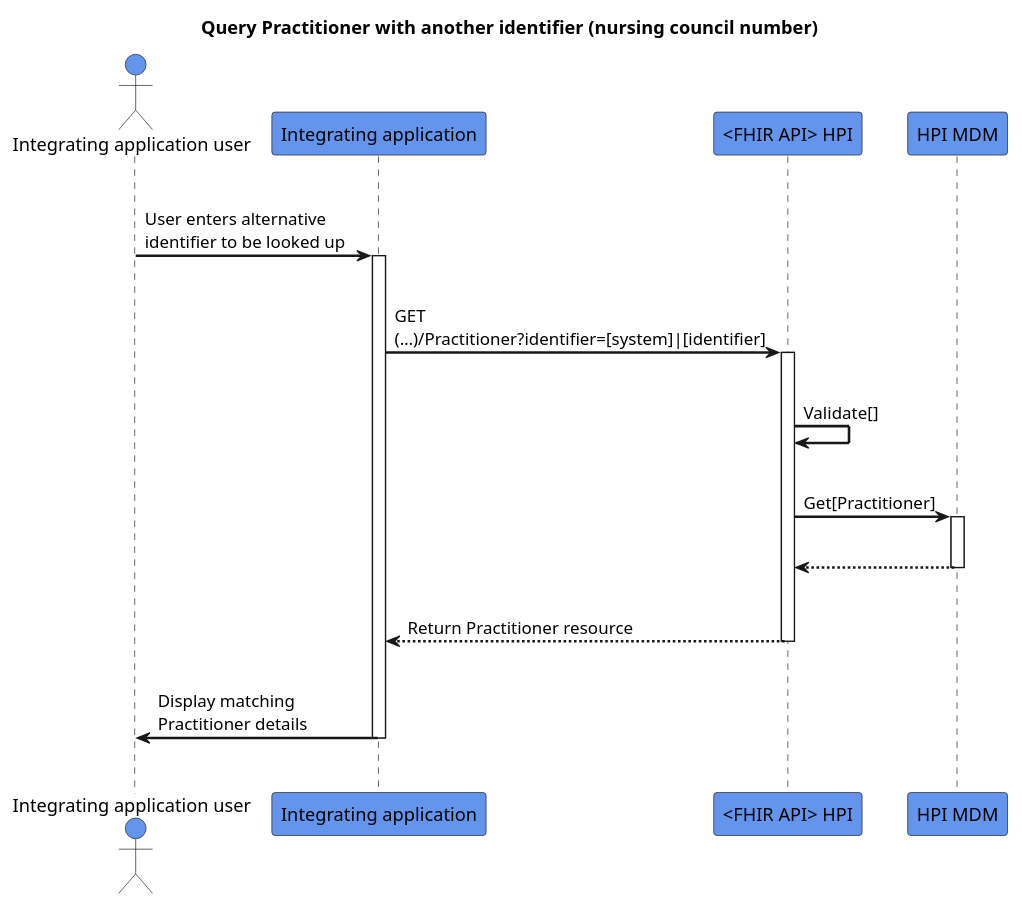
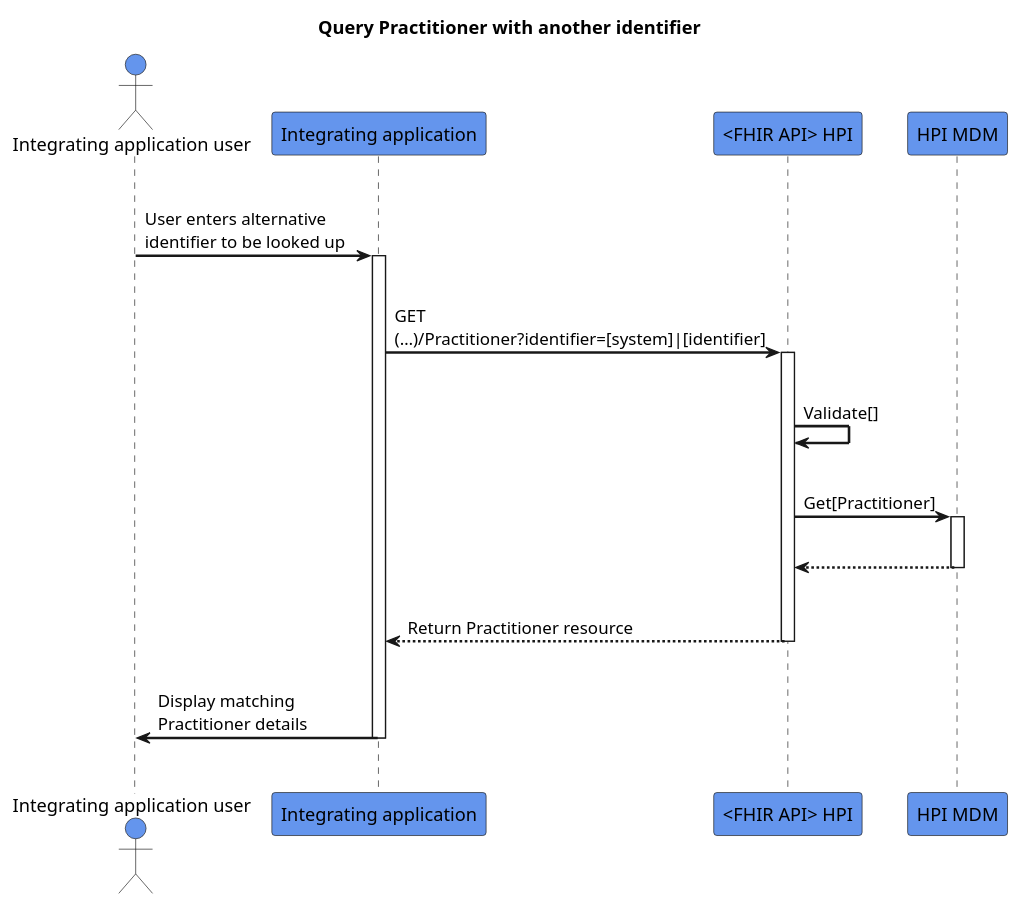
Before and after one commit to HL7NZ/hpi: the diagram in input/images-source/query-practitioner.plantuml, drawn with PlantUML.

```diff
--- a/input/images-source/query-practitioner.plantuml
+++ b/input/images-source/query-practitioner.plantuml
@@ -1,33 +1,33 @@
 @startuml
 skinparam sequenceArrowThickness 2
 skinparam roundcorner 5
 skinparam maxmessagesize 180
 skinparam sequenceParticipant bold
-title Query Practitioner with another identifier (nursing council number)
+title Query Practitioner with another identifier 
 actor "Integrating application user" as User #CornflowerBlue
 participant "Integrating application" as A #CornflowerBlue
 participant "<FHIR API> HPI" as B #CornflowerBlue
 participant "HPI MDM" as C #CornflowerBlue
 |||
 User -> A: User enters alternative identifier to be looked up
 activate A
 |||
 A -> B: GET (…)/Practitioner?identifier=[system]|[identifier]
 activate B
 |||
 B -> B: Validate[]
 |||
 B -> C: Get[Practitioner]
 activate C
 |||
 
 C -[dashed]-> B:  
 deactivate C
 |||
 B -[dashed]-> A:Return Practitioner resource
 deactivate B
 |||
 A -> User: Display matching Practitioner details
 deactivate A
 |||
 @enduml
```
